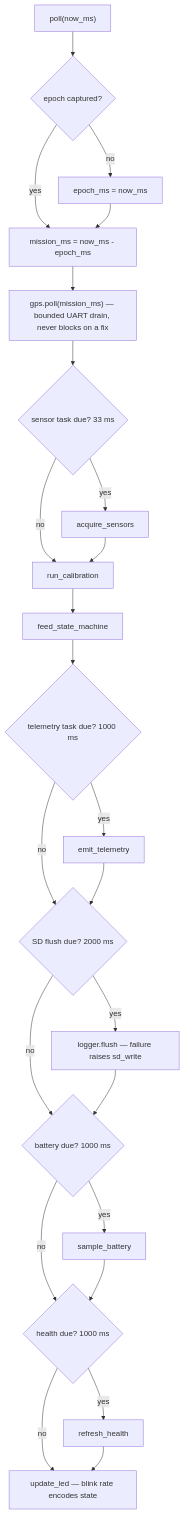
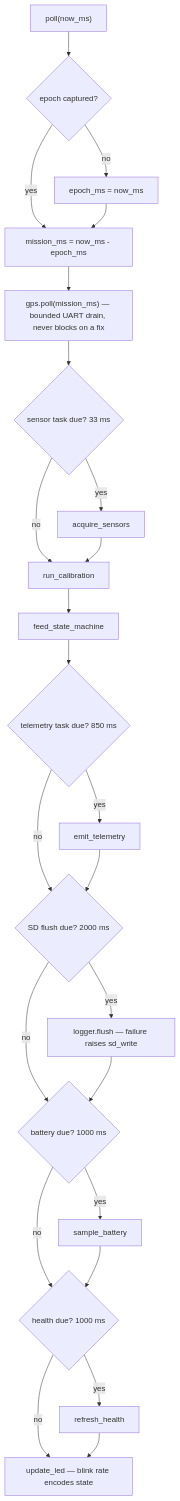
Before and after one commit to KunjSorathiya/CanSat-2026: the third of 9 diagrams in documentation/design/software-architecture.md, drawn with Mermaid. The commit also changed other lines of this file and 11 other files, not shown here.

````diff
--- a/documentation/design/software-architecture.md
+++ b/documentation/design/software-architecture.md
@@ -182,26 +182,26 @@
 ```mermaid
 flowchart TD
     A["poll(now_ms)"] --> B{"epoch captured?"}
     B -- no --> C["epoch_ms = now_ms"]
     B -- yes --> D["mission_ms = now_ms - epoch_ms"]
     C --> D
     D --> E["gps.poll(mission_ms) — bounded UART drain, never blocks on a fix"]
     E --> F{"sensor task due? 33 ms"}
     F -- yes --> G["acquire_sensors"]
     F -- no --> H["run_calibration"]
     G --> H
     H --> I["feed_state_machine"]
-    I --> J{"telemetry task due? 1000 ms"}
+    I --> J{"telemetry task due? 850 ms"}
     J -- yes --> K["emit_telemetry"]
     J -- no --> L{"SD flush due? 2000 ms"}
     K --> L
     L -- yes --> M["logger.flush — failure raises sd_write"]
     L -- no --> N{"battery due? 1000 ms"}
     M --> N
     N -- yes --> O["sample_battery"]
     N -- no --> P{"health due? 1000 ms"}
     O --> P
     P -- yes --> Q["refresh_health"]
     P -- no --> R["update_led — blink rate encodes state"]
     Q --> R
 ```
````
